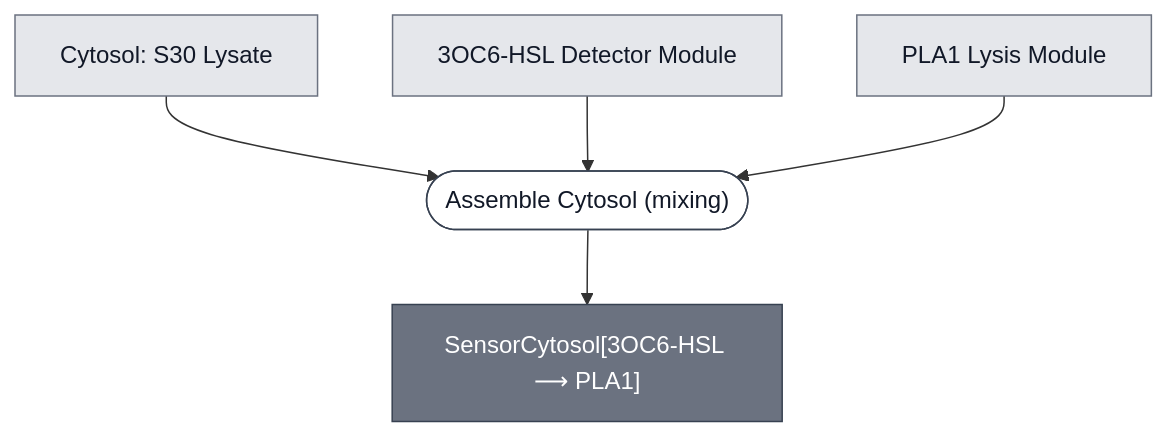
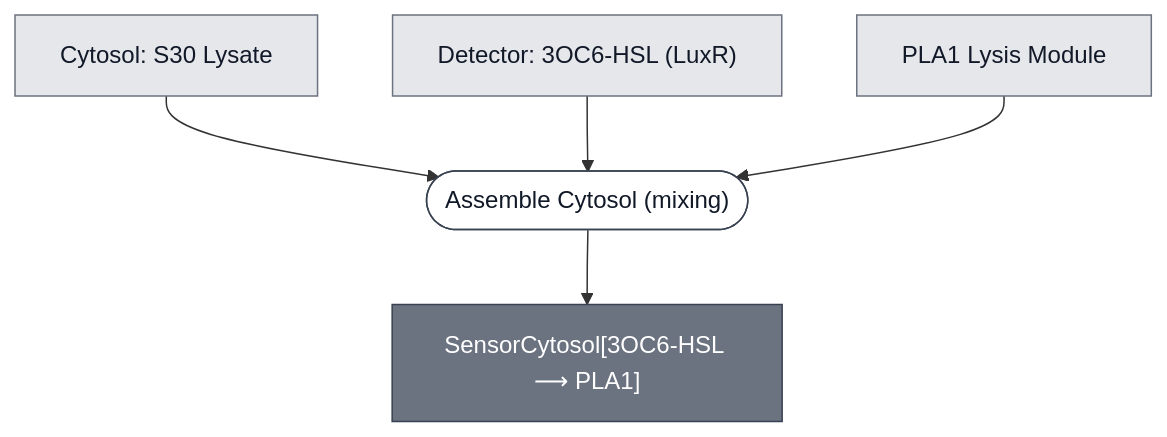
The diagram in docs/modules/ahsl-sensor-cytosol/spec.md (nucleus-eng/nucleus-docs), drawn with Mermaid before and after one commit. The commit also changed 15 other files, not shown here.

First line of the commit message:
Name the LuxR detector for its mechanism, as the EsaR one already is (L1)

````diff
--- a/docs/modules/ahsl-sensor-cytosol/spec.md
+++ b/docs/modules/ahsl-sensor-cytosol/spec.md
@@ -31,28 +31,28 @@
 ```mermaid
 flowchart TD
     S30_LYSATE["Cytosol: S30 Lysate"]
-    DETECTOR_3OC6_HSL["3OC6-HSL Detector Module"]
+    DETECTOR_3OC6_HSL["Detector: 3OC6-HSL (LuxR)"]
     EFFECTOR_PLA1["PLA1 Lysis Module"]
 
     P1_ASSEMBLE_CYTOSOL_0(["Assemble Cytosol (mixing)"])
     AHSL_SENSOR_CYTOSOL["SensorCytosol[3OC6-HSL ⟶ PLA1]"]
 
     S30_LYSATE --> P1_ASSEMBLE_CYTOSOL_0
     DETECTOR_3OC6_HSL --> P1_ASSEMBLE_CYTOSOL_0
     EFFECTOR_PLA1 --> P1_ASSEMBLE_CYTOSOL_0
     P1_ASSEMBLE_CYTOSOL_0 --> AHSL_SENSOR_CYTOSOL
 
 
     classDef leaf     fill:#e5e7eb,stroke:#6b7280,color:#111827;
     classDef composed fill:#6b7280,stroke:#374151,color:#ffffff;
     classDef process  fill:#ffffff,stroke:#374151,color:#111827;
     class S30_LYSATE,DETECTOR_3OC6_HSL,EFFECTOR_PLA1 leaf;
     class AHSL_SENSOR_CYTOSOL composed;
     class P1_ASSEMBLE_CYTOSOL_0 process;
 
     click S30_LYSATE "/docs/modules/s30-lysate/spec"
     click DETECTOR_3OC6_HSL "/docs/modules/detector-3oc6-hsl/spec"
     click EFFECTOR_PLA1 "/docs/modules/effector-pla1/spec"
     click P1_ASSEMBLE_CYTOSOL_0 "/docs/processes/assemble-cytosol/assemble-cytosol-main"
     click AHSL_SENSOR_CYTOSOL "/docs/modules/ahsl-sensor-cytosol/spec"
 ```
````
